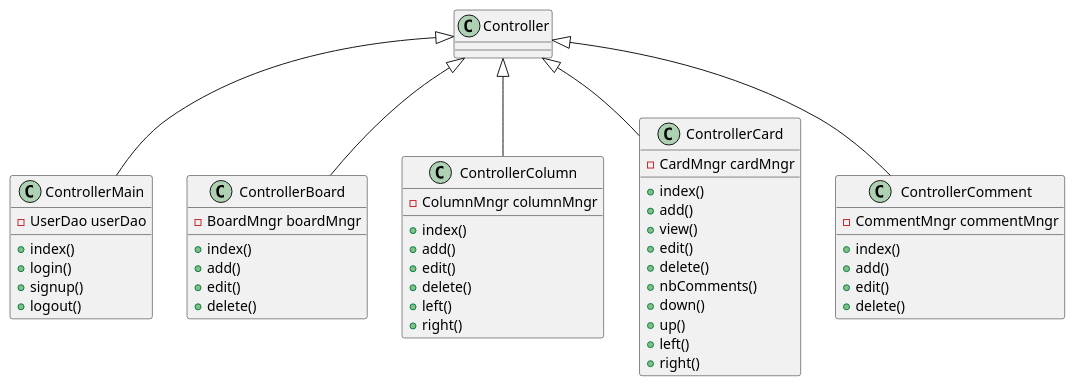
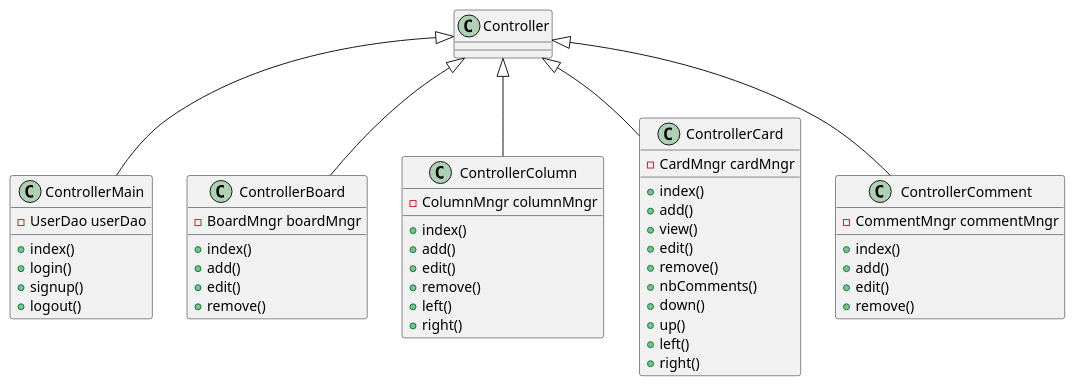
One commit to etic4/mini-trello-php changed the fourth of 4 diagrams in analyse/Diagrammes-V2.md. Above: the diagram before and after it, drawn with PlantUML. The commit also changed other lines of this file and 2 other files, not shown here.

````diff
--- a/analyse/Diagrammes-V2.md
+++ b/analyse/Diagrammes-V2.md
@@ -281,58 +293,58 @@
 ```plantuml
 @startuml
 Controller <|-- ControllerMain
 Controller <|-- ControllerBoard
 Controller <|-- ControllerColumn
 Controller <|-- ControllerCard
 Controller <|-- ControllerComment
 
 class ControllerMain {
     - UserDao userDao
     + index()
     + login()
     + signup()
     + logout()
 }
 
 class ControllerBoard {
     - BoardMngr boardMngr
     + index()
     + add()
     + edit()
-    + delete()
+    + remove()
 }
 
 class ControllerColumn {
     - ColumnMngr columnMngr
     + index()
     + add()
     + edit()
-    + delete()
+    + remove()
     + left()
     + right()
 }
 
 class ControllerCard {
     - CardMngr cardMngr
     + index()
     + add()
     + view()
     + edit()
-    + delete()
+    + remove()
     + nbComments()
     + down()
     + up()
     + left()
     + right()
 }
 
 class ControllerComment {
     - CommentMngr commentMngr
     + index()
     + add()
     + edit()
-    + delete()
+    + remove()
 }
 
 @enduml
 ```
````
